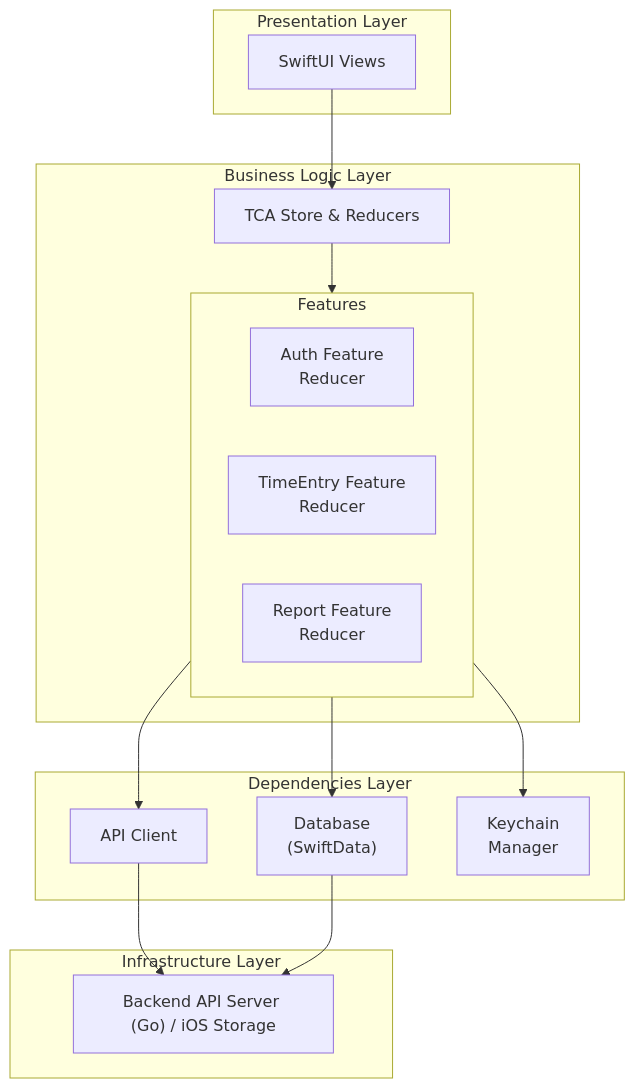
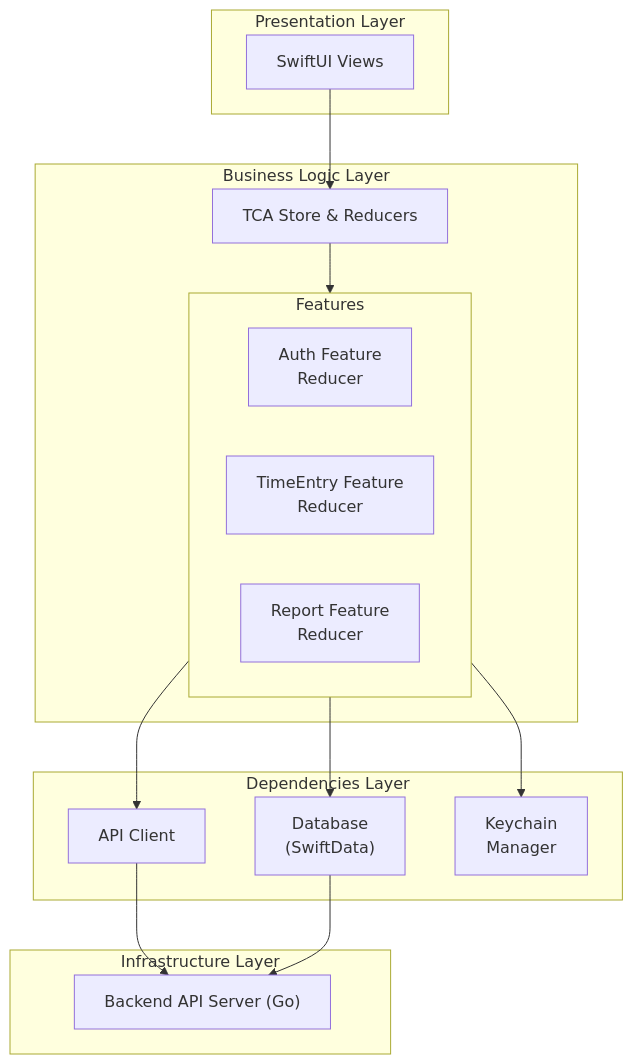
One commit to s0nmy/ChronoMe changed the first of 3 diagrams in docs/ios-migration/Architecture.md. Above: the diagram before and after it, drawn with Mermaid. The commit also changed 1 other file, not shown here.

Commit message:
docs(ios): ドキュメントの矛盾点を修正

````diff
--- a/docs/ios-migration/Architecture.md
+++ b/docs/ios-migration/Architecture.md
@@ -9,33 +9,33 @@
 ```mermaid
 graph TB
     subgraph PresentationLayer["Presentation Layer"]
         Views["SwiftUI Views"]
     end
 
     subgraph BusinessLogicLayer["Business Logic Layer"]
         TCA["TCA Store & Reducers"]
         subgraph Features["Features"]
             AuthFeature["Auth Feature<br/>Reducer"]
             TimeEntryFeature["TimeEntry Feature<br/>Reducer"]
             ReportFeature["Report Feature<br/>Reducer"]
         end
     end
 
     subgraph DependenciesLayer["Dependencies Layer"]
         APIClient["API Client"]
         Database["Database<br/>(SwiftData)"]
         Keychain["Keychain<br/>Manager"]
     end
 
     subgraph InfrastructureLayer["Infrastructure Layer"]
-        Backend["Backend API Server (Go) / iOS Storage"]
+        Backend["Backend API Server (Go)"]
     end
 
     Views --> TCA
     TCA --> Features
     Features --> APIClient
     Features --> Database
     Features --> Keychain
     APIClient --> Backend
     Database --> Backend
 ```
````
